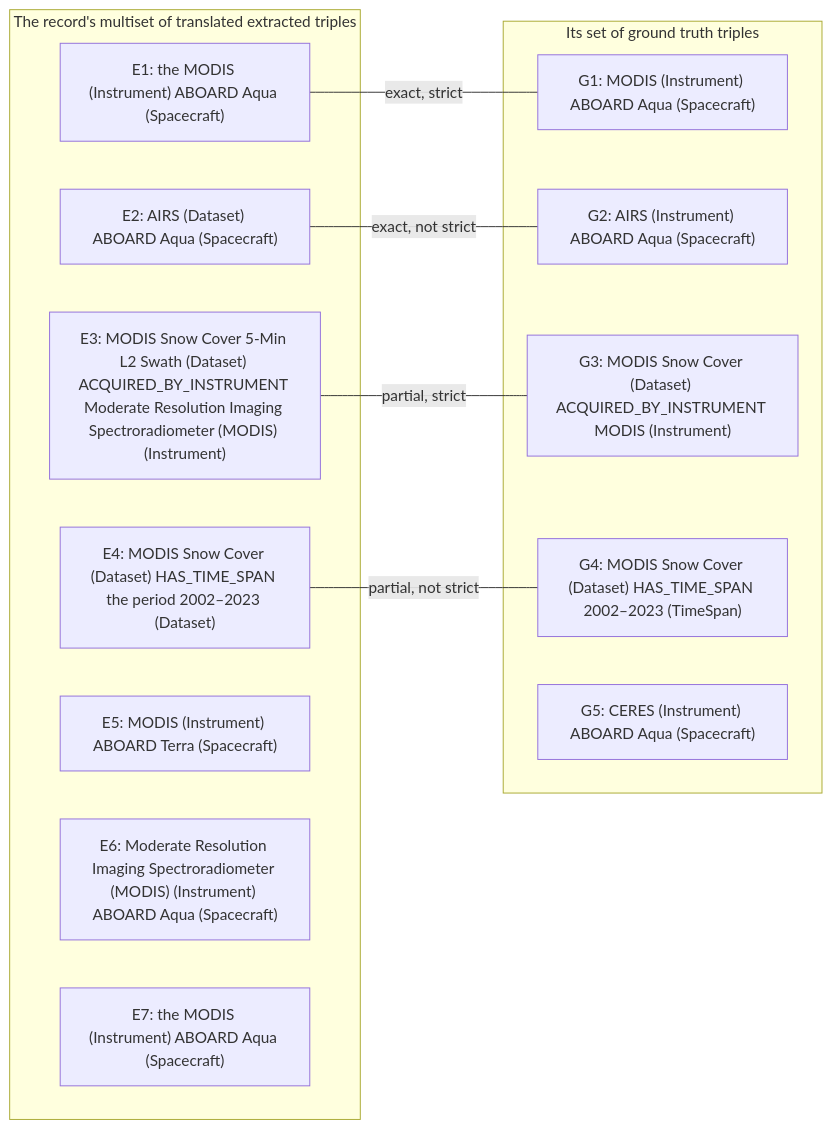
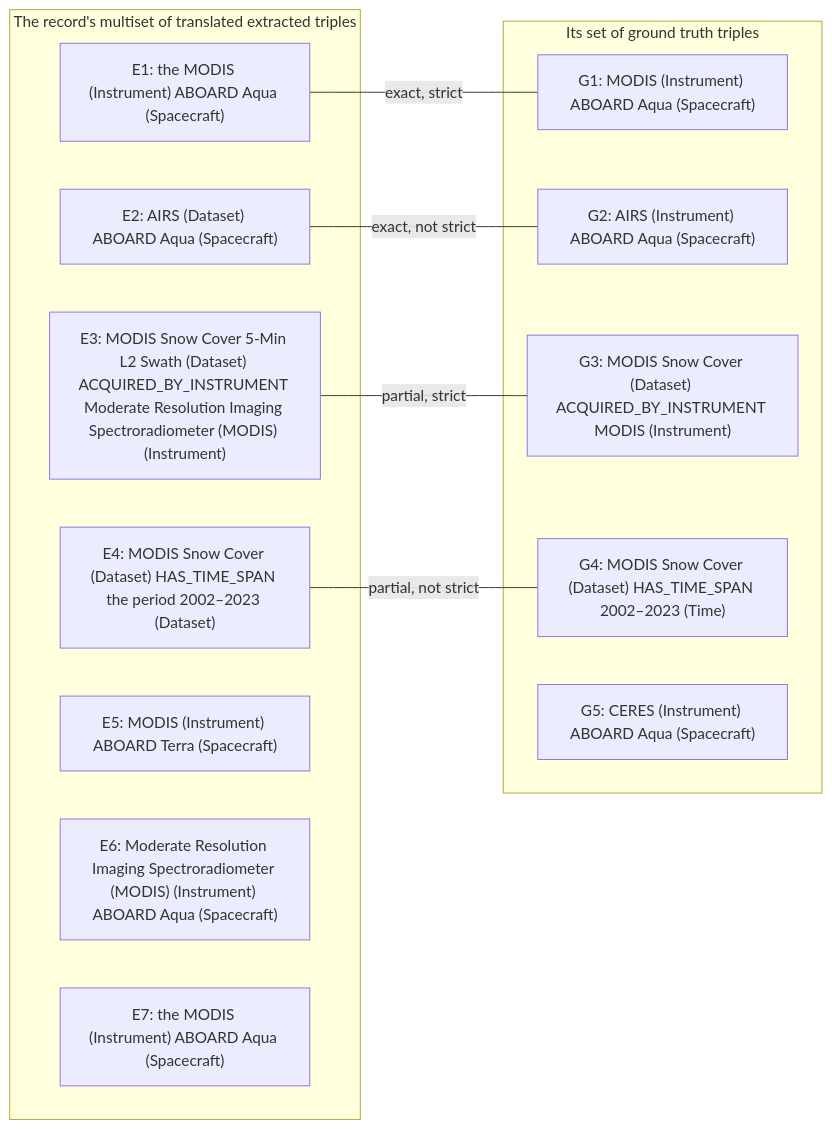
One commit to iulia-iordanescu/datanasagov_KG_proj changed the second of 2 diagrams in 070_evaluate/metrics/pairs.md. Above: the diagram before and after it, drawn with Mermaid. The commit also changed other lines of this file and 7 other files, not shown here.

Commit message:
Ground truth schema: Date and TimeSpan merged into Time (on the calendar, happens once); TimeOfDay happens every day

````diff
--- a/070_evaluate/metrics/pairs.md
+++ b/070_evaluate/metrics/pairs.md
@@ -135,23 +135,23 @@
 ```mermaid
 flowchart LR
   subgraph O["The record's multiset of translated extracted triples"]
     E1["E1: the MODIS (Instrument) ABOARD Aqua (Spacecraft)"]
     E2["E2: AIRS (Dataset) ABOARD Aqua (Spacecraft)"]
     E3["E3: MODIS Snow Cover 5-Min L2 Swath (Dataset) ACQUIRED_BY_INSTRUMENT Moderate Resolution Imaging Spectroradiometer (MODIS) (Instrument)"]
     E4["E4: MODIS Snow Cover (Dataset) HAS_TIME_SPAN the period 2002–2023 (Dataset)"]
     E5["E5: MODIS (Instrument) ABOARD Terra (Spacecraft)"]
     E6["E6: Moderate Resolution Imaging Spectroradiometer (MODIS) (Instrument) ABOARD Aqua (Spacecraft)"]
     E7["E7: the MODIS (Instrument) ABOARD Aqua (Spacecraft)"]
   end
   subgraph GT["Its set of ground truth triples"]
     G1["G1: MODIS (Instrument) ABOARD Aqua (Spacecraft)"]
     G2["G2: AIRS (Instrument) ABOARD Aqua (Spacecraft)"]
     G3["G3: MODIS Snow Cover (Dataset) ACQUIRED_BY_INSTRUMENT MODIS (Instrument)"]
-    G4["G4: MODIS Snow Cover (Dataset) HAS_TIME_SPAN 2002–2023 (TimeSpan)"]
+    G4["G4: MODIS Snow Cover (Dataset) HAS_TIME_SPAN 2002–2023 (Time)"]
     G5["G5: CERES (Instrument) ABOARD Aqua (Spacecraft)"]
   end
   E1 ---|exact, strict| G1
   E2 ---|exact, not strict| G2
   E3 ---|partial, strict| G3
   E4 ---|partial, not strict| G4
 ```
````
